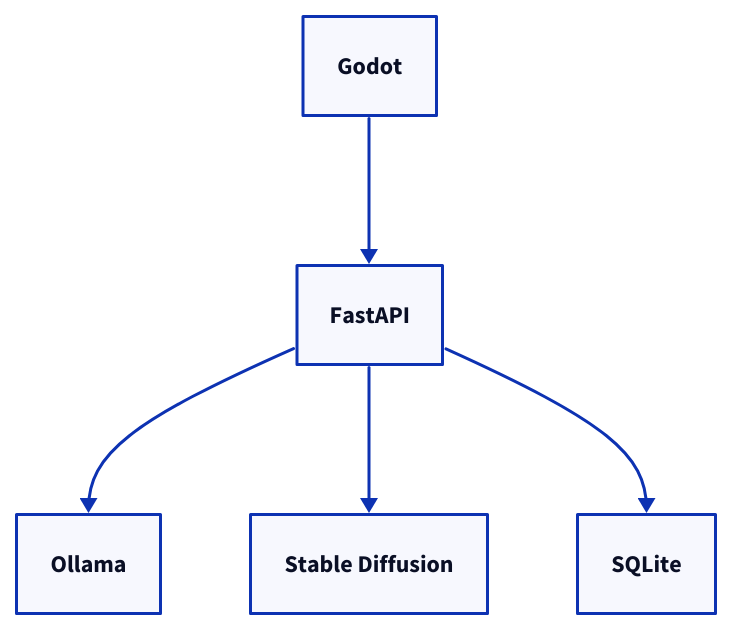
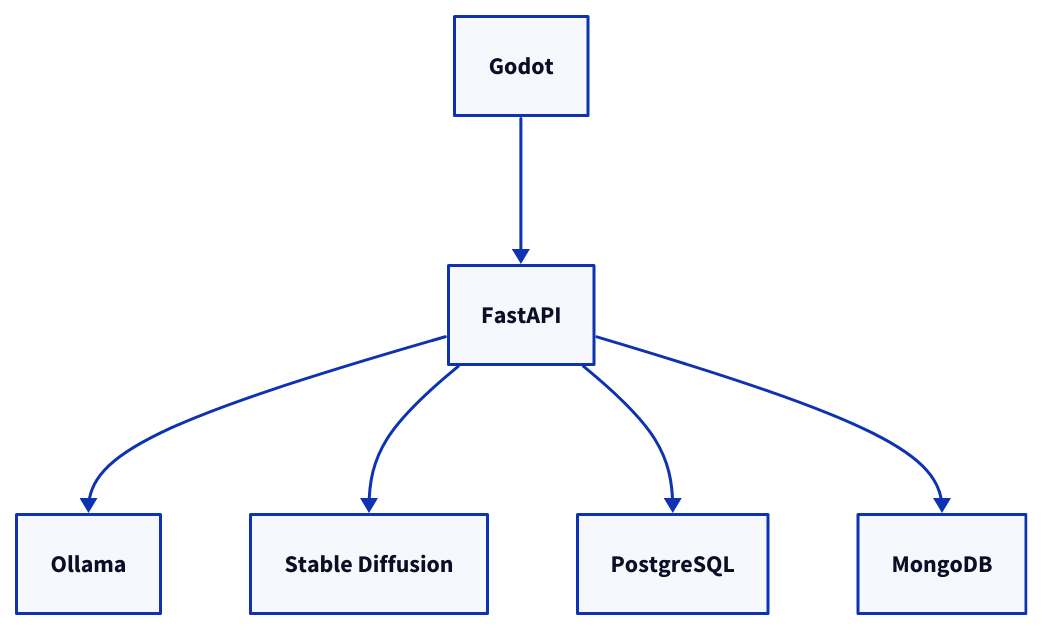
One commit to EZPK/GodotAI changed the diagram in docs/diagrams/fastapi.d2. Above: the diagram before and after it, drawn with D2. The commit also changed 23 other files, not shown here.

```diff
--- a/docs/diagrams/fastapi.d2
+++ b/docs/diagrams/fastapi.d2
@@ -1,10 +1,12 @@
 G: "Godot"
 F: "FastAPI"
 O: "Ollama"
 SD: "Stable Diffusion"
-DB: "SQLite"
+PG: "PostgreSQL"
+MG: "MongoDB"
 
 G -> F
 F -> O
 F -> SD
-F -> DB
+F -> PG
+F -> MG
```
